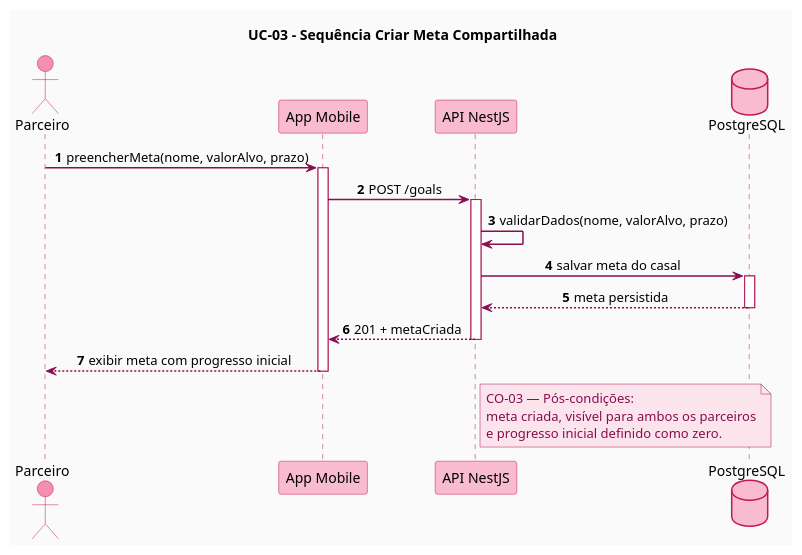
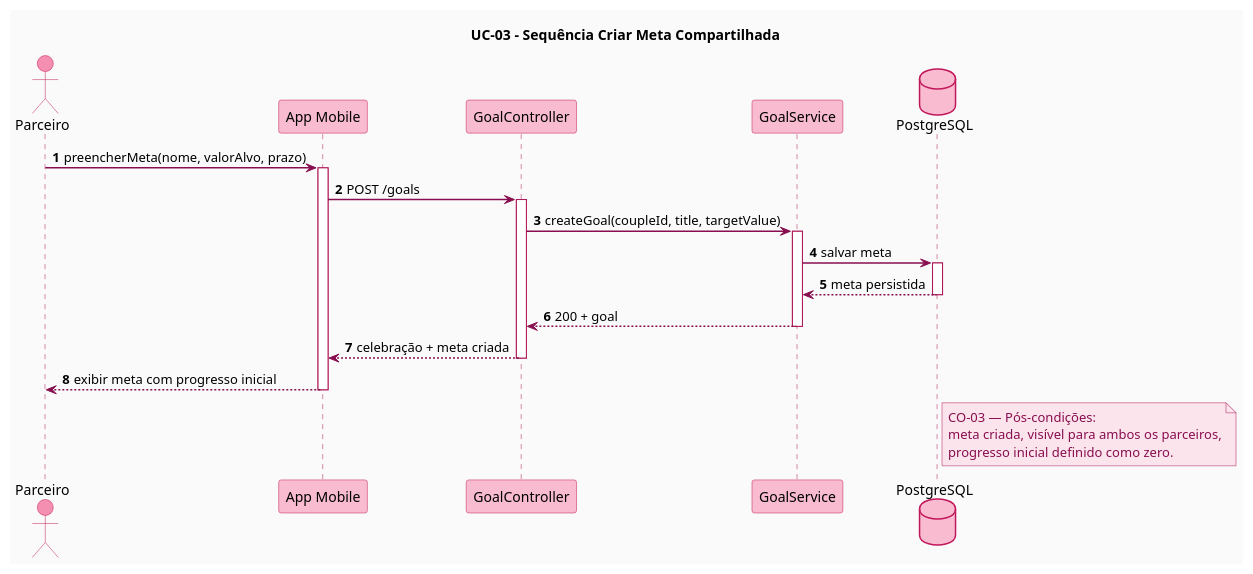
The diagram in docs/puml/seq-uc03-meta-compartilhada.puml (Eman134/LifeDuo), drawn with PlantUML before and after one commit. The commit also changed 47 other files, not shown here.

Commit message:
docs: Diagramas de classes e sequencia

```diff
--- a/docs/puml/seq-uc03-meta-compartilhada.puml
+++ b/docs/puml/seq-uc03-meta-compartilhada.puml
@@ -1,55 +1,58 @@
 @startuml
+title UC-03 - Sequência Criar Meta Compartilhada
+
 skinparam backgroundColor #FAFAFA
 skinparam shadowing false
 skinparam sequenceArrowThickness 1.5
 skinparam sequenceParticipantBorderColor #C2185B
 skinparam sequenceParticipantBackgroundColor #F8BBD0
 skinparam sequenceActorBorderColor #C2185B
 skinparam sequenceActorBackgroundColor #F48FB1
 skinparam sequenceLifeLineBorderColor #AD1457
 skinparam sequenceArrowColor #880E4F
 skinparam ArrowColor #880E4F
-skinparam sequenceMessageAlign center
 skinparam noteBorderColor #AD1457
 skinparam noteBackgroundColor #FCE4EC
 skinparam noteFontColor #880E4F
 skinparam sequenceMessageFontColor #880E4F
 skinparam databaseBorderColor #C2185B
 skinparam databaseBackgroundColor #F8BBD0
-skinparam collectionsBackgroundColor #F8BBD0
-skinparam collectionsBorderColor #C2185B
 
 autonumber
-title UC-03 - Sequência Criar Meta Compartilhada
 
 actor Parceiro
 participant "App Mobile" as Mobile
-participant "API NestJS" as API
+participant "GoalController" as Controller
+participant "GoalService" as GoalService
 database "PostgreSQL" as DB
 
 Parceiro -> Mobile : preencherMeta(nome, valorAlvo, prazo)
 activate Mobile
 
-Mobile -> API : POST /goals
-activate API
+Mobile -> Controller : POST /goals
+activate Controller
 
-API -> API : validarDados(nome, valorAlvo, prazo)
+Controller -> GoalService : createGoal(coupleId, title, targetValue)
+activate GoalService
 
-API -> DB : salvar meta do casal
+GoalService -> DB : salvar meta
 activate DB
-DB --> API : meta persistida
+DB --> GoalService : meta persistida
 deactivate DB
 
-API --> Mobile : 201 + metaCriada
-deactivate API
+GoalService --> Controller : 200 + goal
+deactivate GoalService
+
+Controller --> Mobile : celebração + meta criada
+deactivate Controller
 
 Mobile --> Parceiro : exibir meta com progresso inicial
 deactivate Mobile
 
-note right of API
+note right of DB
   CO-03 — Pós-condições:
-  meta criada, visível para ambos os parceiros
-  e progresso inicial definido como zero.
+  meta criada, visível para ambos os parceiros,
+  progresso inicial definido como zero.
 end note
 
 @enduml
```
